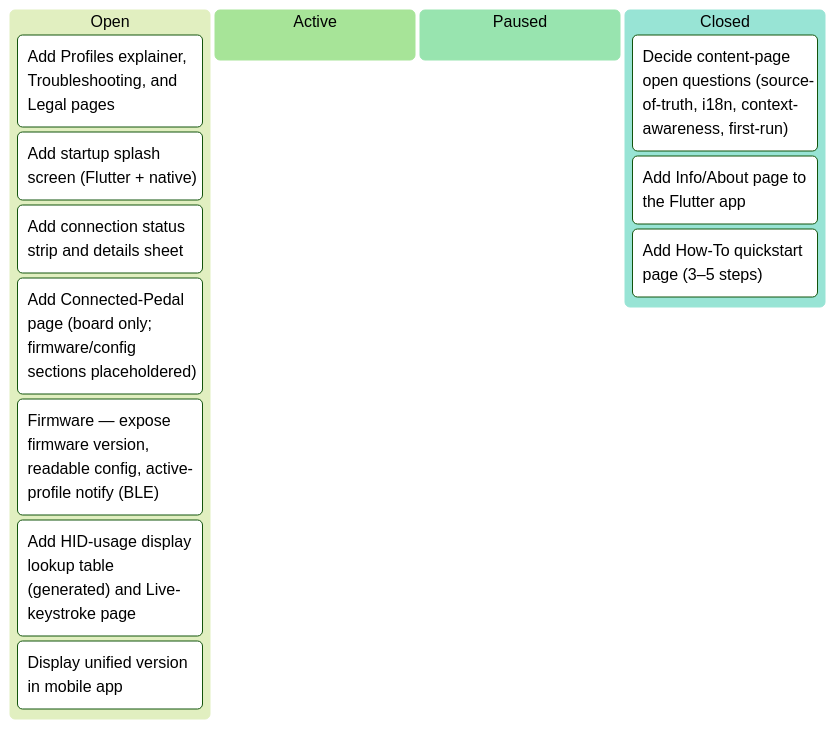
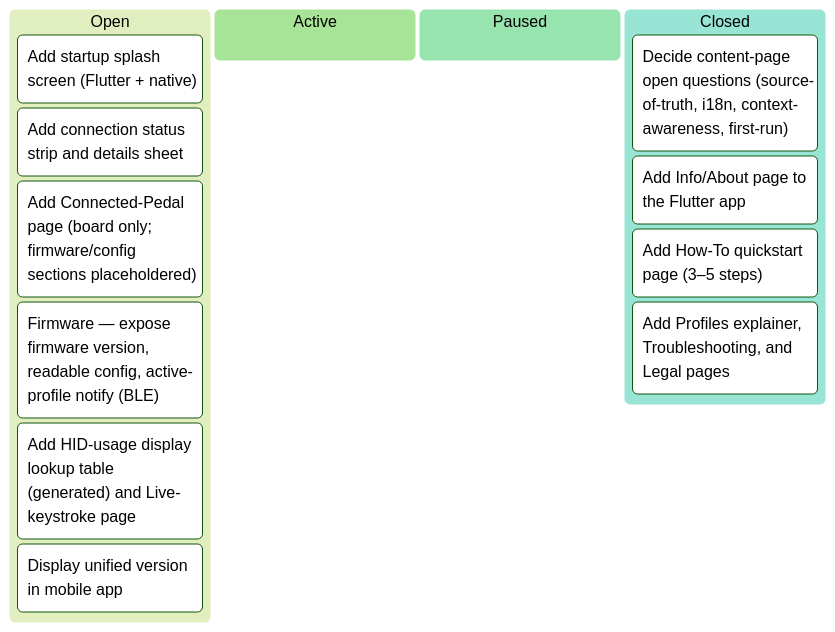
The first of 7 diagrams in docs/developers/tasks/KANBAN.md (tgd1975/AwesomeStudioPedal), drawn with Mermaid (forest theme) before and after one commit. The commit also changed other lines of this file and 12 other files, not shown here.

First line of the commit message:
close TASK-333: Add Profiles explainer, Troubleshooting, and Legal pages

````diff
--- a/docs/developers/tasks/KANBAN.md
+++ b/docs/developers/tasks/KANBAN.md
@@ -11,17 +11,17 @@
 ```mermaid
 kanban
   Open
-    TASK_333["Add Profiles explainer, Troubleshooting, and Legal pages"]
     TASK_334["Add startup splash screen (Flutter + native)"]
     TASK_335["Add connection status strip and details sheet"]
     TASK_336["Add Connected-Pedal page (board only; firmware/config sections placeholdered)"]
     TASK_337["Firmware — expose firmware version, readable config, active-profile notify (BLE)"]
     TASK_338["Add HID-usage display lookup table (generated) and Live-keystroke page"]
     TASK_349["Display unified version in mobile app"]
   Active
   Paused
   Closed
     TASK_330["Decide content-page open questions (source-of-truth, i18n, context-awareness, first-run)"]
     TASK_331["Add Info/About page to the Flutter app"]
     TASK_332["Add How-To quickstart page (3–5 steps)"]
+    TASK_333["Add Profiles explainer, Troubleshooting, and Legal pages"]
 ```
````
